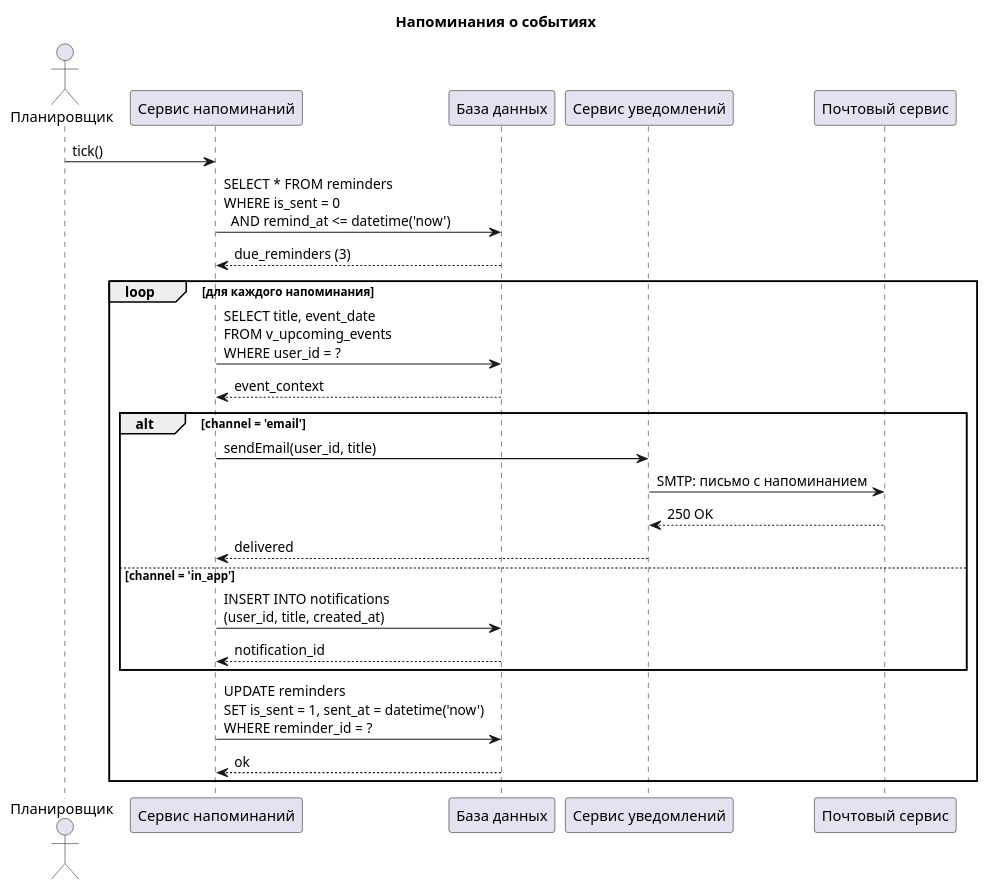
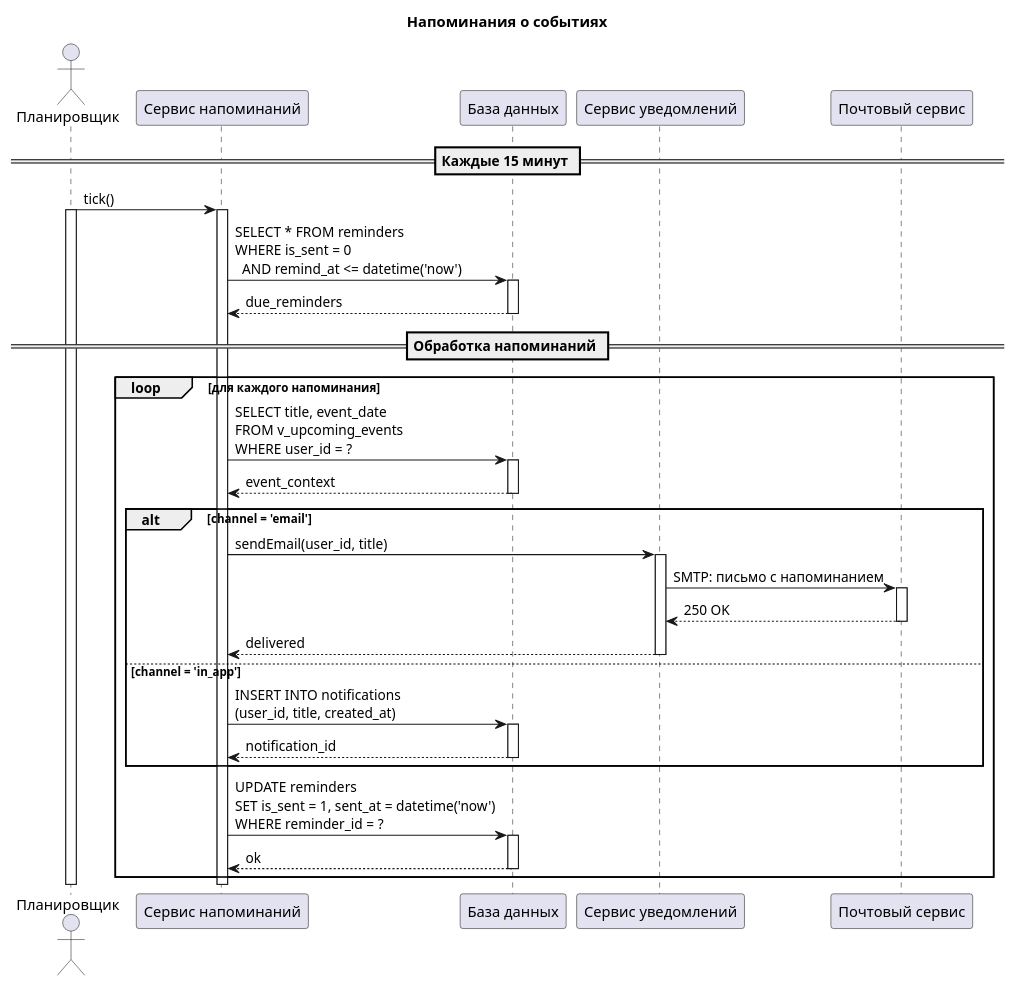
One commit to dimasutjrin-coder/Planirivhik-podarkov changed the diagram in docs/behavior/sequence/event_reminders_sequence.puml. Above: the diagram before and after it, drawn with PlantUML. The commit also changed 15 other files, not shown here.

Commit message:
docs: PlantUML-диаграммы с активациями и обновлённая документация поведения (ЛР5)

```diff
--- a/docs/behavior/sequence/event_reminders_sequence.puml
+++ b/docs/behavior/sequence/event_reminders_sequence.puml
@@ -1,35 +1,53 @@
 @startuml Event_Reminders_Sequence
 ' Сценарий 4: напоминания о событиях (фоновый планировщик)
-' Рендер: plantuml -tpng event_reminders_sequence.puml
+' Рендер: plantuml -tpng -tsvg event_reminders_sequence.puml
 
 title Напоминания о событиях
 
 actor "Планировщик" as Cron
 participant "Сервис напоминаний" as ReminderService
 participant "База данных" as DB
 participant "Сервис уведомлений" as NotificationService
 participant "Почтовый сервис" as Mail
 
+== Каждые 15 минут ==
 Cron -> ReminderService: tick()
+activate Cron
+activate ReminderService
 ReminderService -> DB: SELECT * FROM reminders\nWHERE is_sent = 0\n  AND remind_at <= datetime('now')
-DB --> ReminderService: due_reminders (3)
+activate DB
+DB --> ReminderService: due_reminders
+deactivate DB
 
+== Обработка напоминаний ==
 loop для каждого напоминания
   ReminderService -> DB: SELECT title, event_date\nFROM v_upcoming_events\nWHERE user_id = ?
+  activate DB
   DB --> ReminderService: event_context
+  deactivate DB
 
   alt channel = 'email'
     ReminderService -> NotificationService: sendEmail(user_id, title)
+    activate NotificationService
     NotificationService -> Mail: SMTP: письмо с напоминанием
+    activate Mail
     Mail --> NotificationService: 250 OK
+    deactivate Mail
     NotificationService --> ReminderService: delivered
+    deactivate NotificationService
   else channel = 'in_app'
     ReminderService -> DB: INSERT INTO notifications\n(user_id, title, created_at)
+    activate DB
     DB --> ReminderService: notification_id
+    deactivate DB
   end
 
   ReminderService -> DB: UPDATE reminders\nSET is_sent = 1, sent_at = datetime('now')\nWHERE reminder_id = ?
+  activate DB
   DB --> ReminderService: ok
+  deactivate DB
 end
 
+deactivate ReminderService
+deactivate Cron
 @enduml
```
